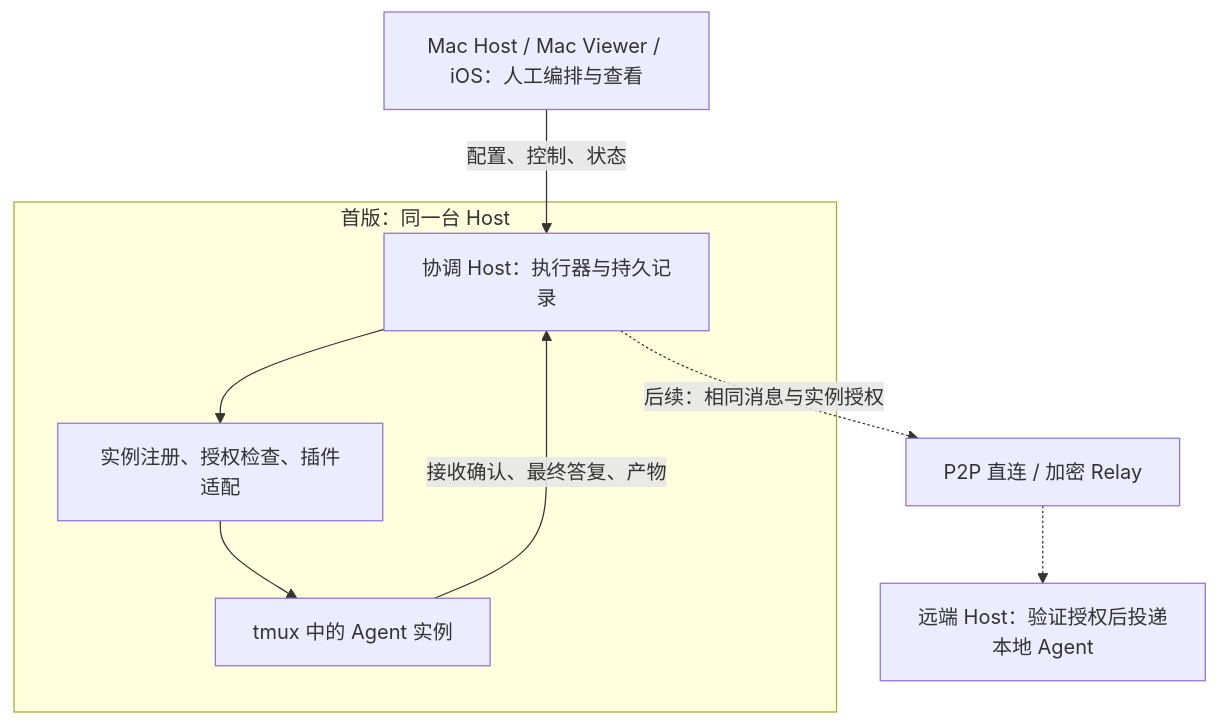
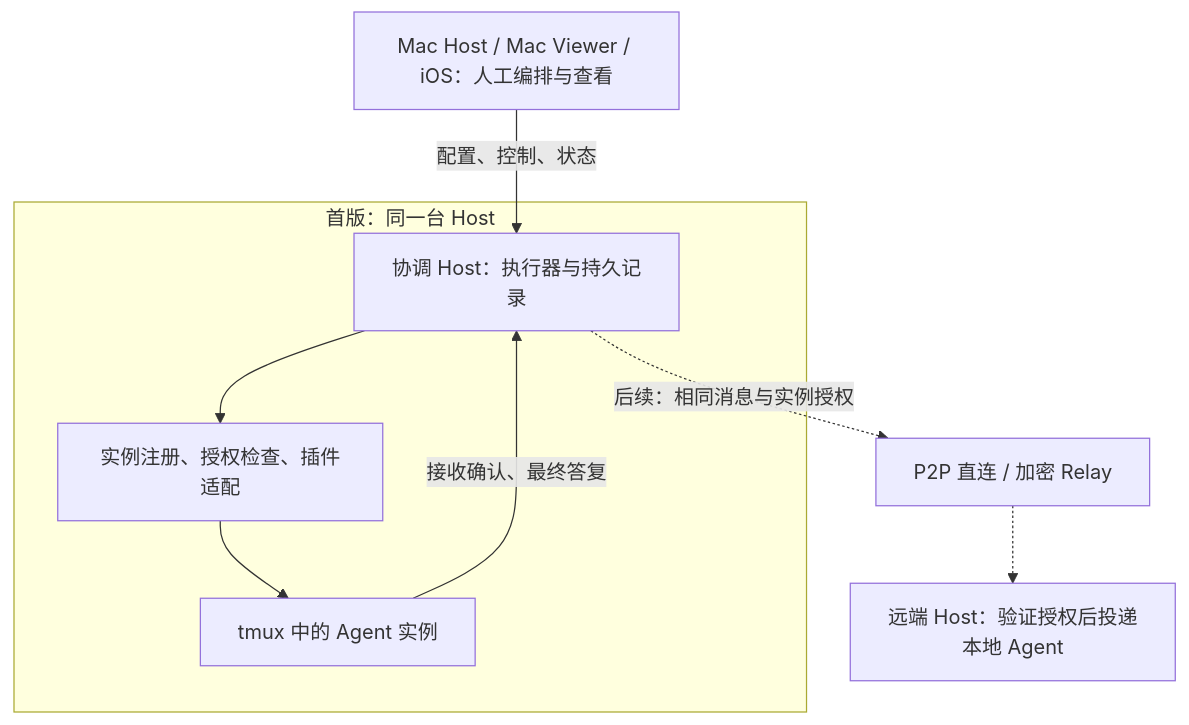
Before and after one commit to zengjice/ctrlx: the third of 3 diagrams in docs/multi-agent-design.md, drawn with Mermaid. The commit also changed other lines of this file and 59 other files, not shown here.

````diff
--- a/docs/multi-agent-design.md
+++ b/docs/multi-agent-design.md
@@ -413,11 +419,11 @@
 ```mermaid
 flowchart TB
     V["Mac Host / Mac Viewer / iOS：人工编排与查看"] -->|"配置、控制、状态"| H
     subgraph LOCAL["首版：同一台 Host"]
         H["协调 Host：执行器与持久记录"] --> G["实例注册、授权检查、插件适配"]
         G --> A["tmux 中的 Agent 实例"]
-        A -->|"接收确认、最终答复、产物"| H
+        A -->|"接收确认、最终答复"| H
     end
     H -.->|"后续：相同消息与实例授权"| T["P2P 直连 / 加密 Relay"]
     T -.-> R["远端 Host：验证授权后投递本地 Agent"]
 ```
````
